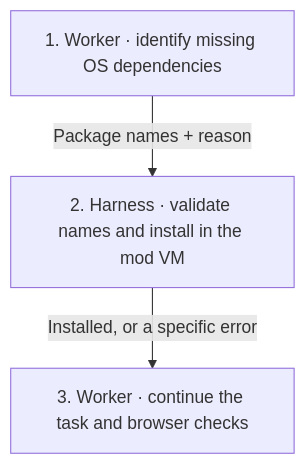
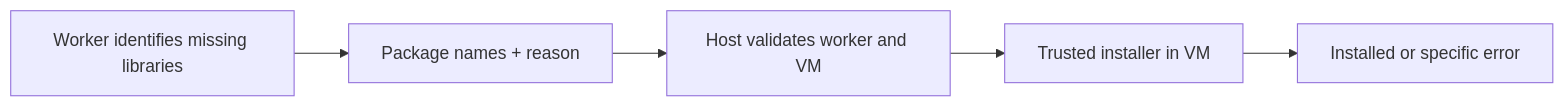
One commit to minimumeffort-dev/sprowt.harness changed the diagram in docs/sandbox.md. Above: the diagram before and after it, drawn with Mermaid. The commit also changed other lines of this file and 17 other files, not shown here.

````diff
--- a/docs/sandbox.md
+++ b/docs/sandbox.md
@@ -68,8 +27,7 @@
 ```mermaid
-flowchart TB
-    worker["1. Worker · identify missing OS dependencies"]
-    setup["2. Harness · validate names and install in the mod VM"]
-    task["3. Worker · continue the task and browser checks"]
-    worker -->|"Package names + reason"| setup
-    setup -->|"Installed, or a specific error"| task
+flowchart LR
+    worker["Worker identifies missing libraries"] --> request["Package names + reason"]
+    request --> validate["Host validates worker and VM"]
+    validate --> install["Trusted installer in VM"]
+    install --> result["Installed or specific error"]
 ```
````
